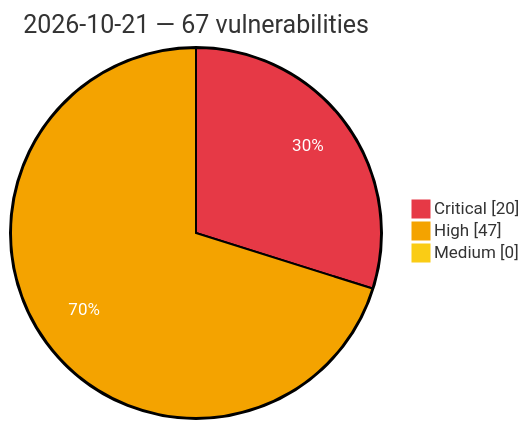
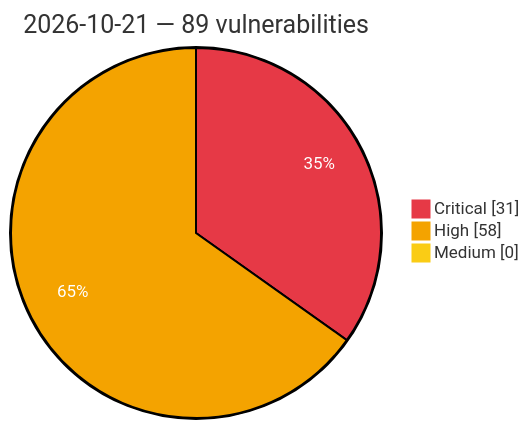
Before and after one commit to GhostX0X/vuln-tracker: the diagram in vulnerabilities/2026/October/2026-10-21.md, drawn with Mermaid. The commit also changed other lines of this file and 5 other files, not shown here.

Commit message:
Auto update: critical/high vulns (2026-10-21 22:05 UTC)

````diff
--- a/vulnerabilities/2026/October/2026-10-21.md
+++ b/vulnerabilities/2026/October/2026-10-21.md
@@ -3,8 +3,8 @@
 ```mermaid
 %%{init: {'theme':'base', 'themeVariables': {'pie1':'#e63946', 'pie2':'#f4a300', 'pie3':'#facc15', 'pieOpacity':'1', 'pieOuterStrokeWidth':'2px', 'pieSectionTextColor':'#ffffff'}}}%%
 pie showData
-    title 2026-10-21 — 67 vulnerabilities
-    "Critical" : 20
-    "High" : 47
+    title 2026-10-21 — 89 vulnerabilities
+    "Critical" : 31
+    "High" : 58
     "Medium" : 0
 ```
````
